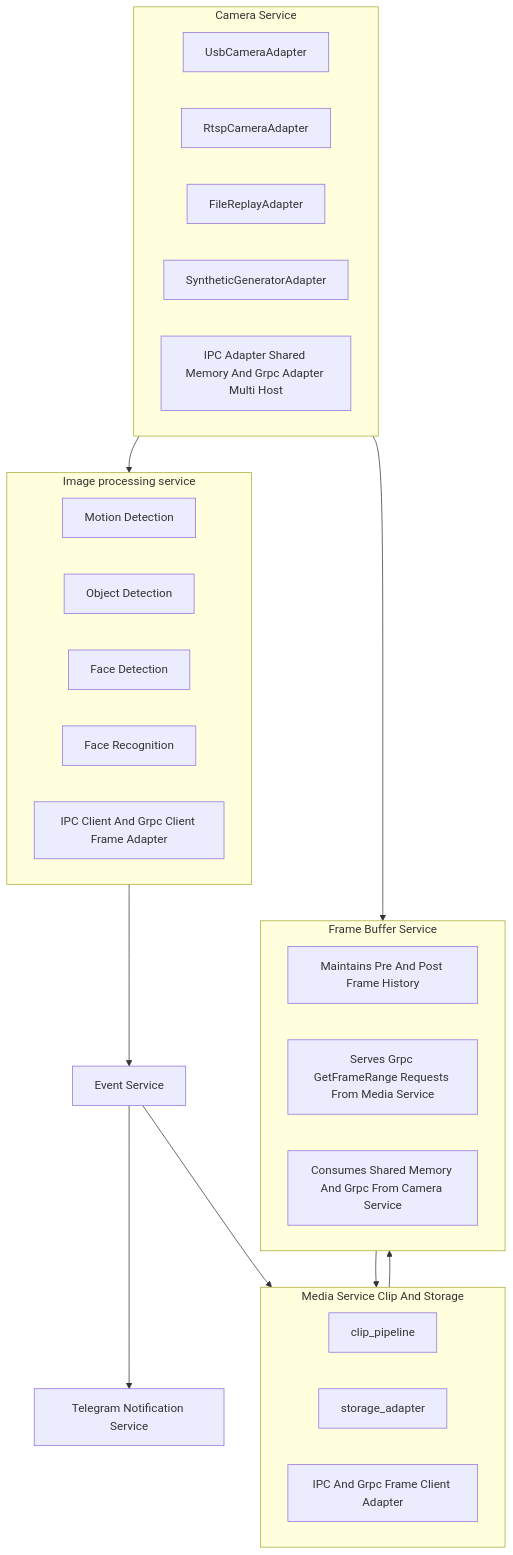
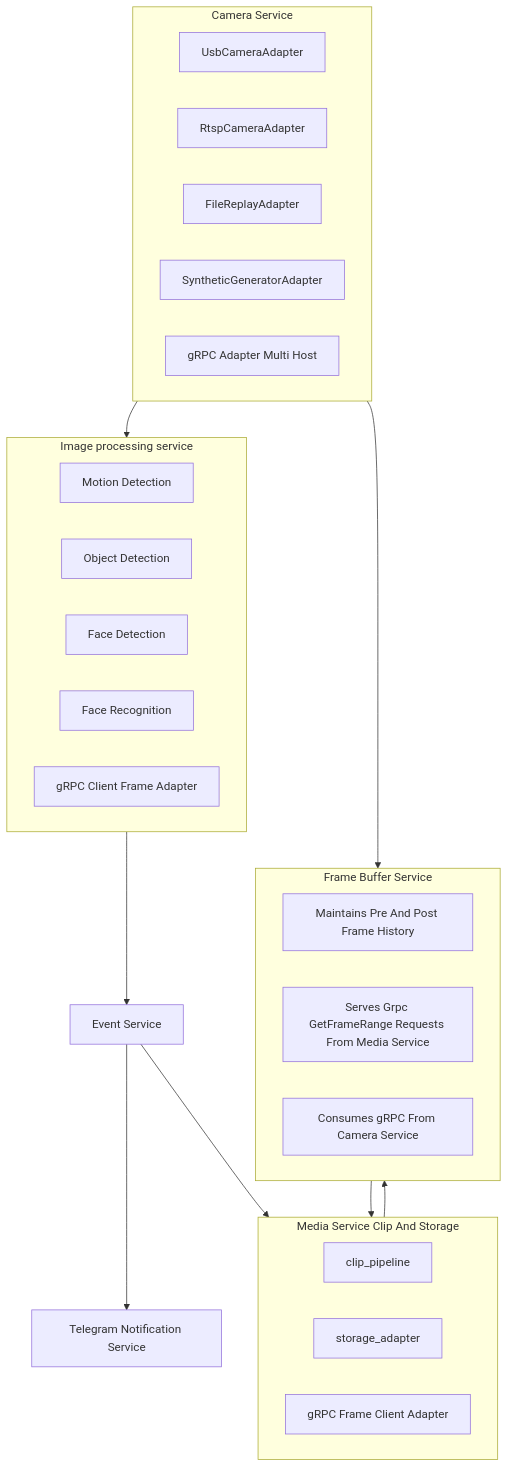
The first of 4 diagrams in doc/system.md (talifruman/camera-recognition), drawn with Mermaid before and after one commit. The commit also changed other lines of this file and 3 other files, not shown here.

Commit message:
Refactor: clarify Frame Adapter and Frame Transformation Layer architecture, update motion detection and IPS docs for new data flow and module separation

````diff
--- a/doc/system.md
+++ b/doc/system.md
@@ -125,42 +125,42 @@
 ```mermaid
 flowchart TB
 	subgraph CameraService[Camera Service]
 		CA1[UsbCameraAdapter]
 		CA2[RtspCameraAdapter]
 		CA3[FileReplayAdapter]
 		CA4[SyntheticGeneratorAdapter]
-		CA5[IPC Adapter Shared Memory And Grpc Adapter Multi Host]
+		CA5[gRPC Adapter Multi Host]
 	end
 
 	subgraph ImageProcessing[Image processing service]
 		UV1[Motion Detection]
 		UV2[Object Detection]
 		UV3[Face Detection]
 		UV4[Face Recognition]
-		UV5[IPC Client And Grpc Client Frame Adapter]
+		UV5[gRPC Client Frame Adapter]
 	end
 
 	EventService[Event Service]
 
 	subgraph MediaService[Media Service Clip And Storage]
 		MS1[clip_pipeline]
 		MS2[storage_adapter]
-		MS3[IPC And Grpc Frame Client Adapter]
+		MS3[gRPC Frame Client Adapter]
 	end
 
 	TelegramService[Telegram Notification Service]
 
 	subgraph FrameBuffer[Frame Buffer Service]
 		FB1[Maintains Pre And Post Frame History]
 		FB2[Serves Grpc GetFrameRange Requests From Media Service]
-		FB3[Consumes Shared Memory And Grpc From Camera Service]
+		FB3[Consumes gRPC From Camera Service]
 	end
 
 	CameraService --> ImageProcessing
 	CameraService --> FrameBuffer
 	ImageProcessing --> EventService
 	EventService --> MediaService
 	EventService --> TelegramService
 	MediaService --> FrameBuffer
 	FrameBuffer --> MediaService
 ```
````
